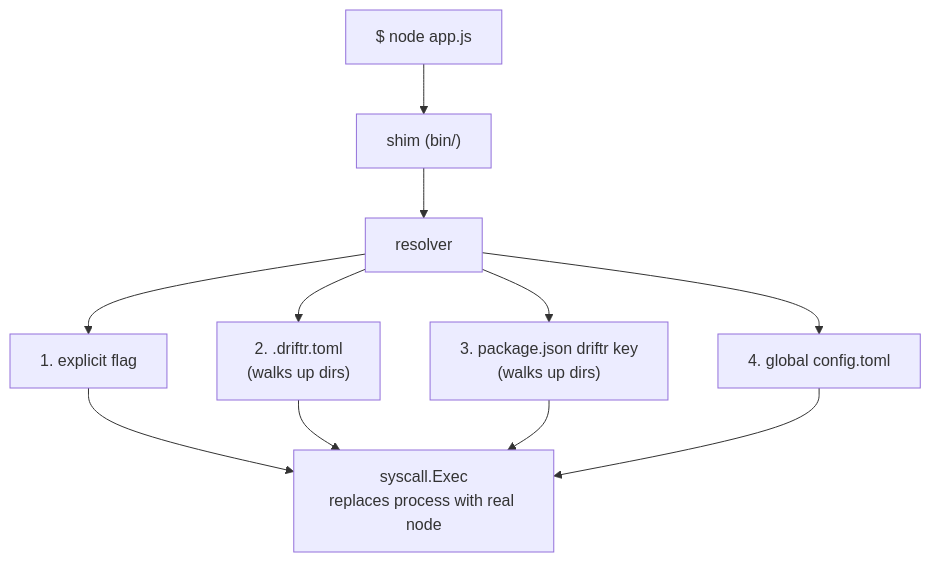
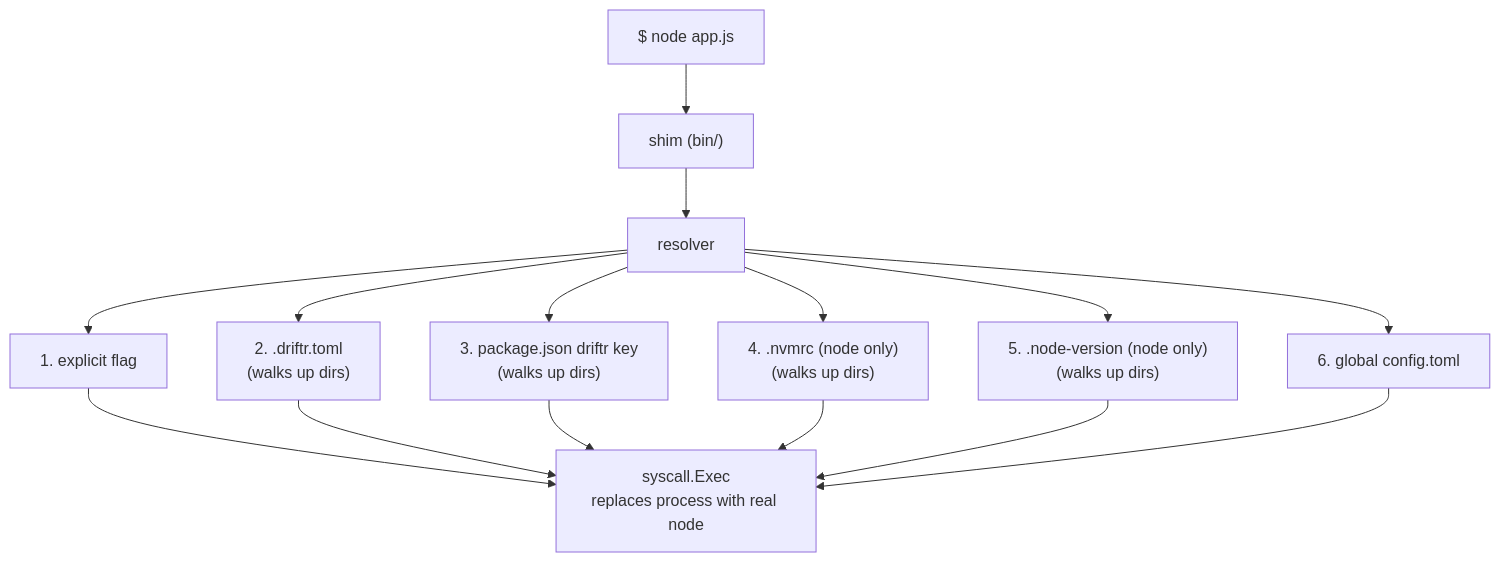
The diagram in README.md (DriftrLabs/Driftr), drawn with Mermaid before and after one commit. The commit also changed other lines of this file and 4 other files, not shown here.

````diff
--- a/README.md
+++ b/README.md
@@ -95,10 +96,12 @@
 ```mermaid
 flowchart TD
     A["$ node app.js"] --> B["shim (bin/)"]
     B --> C["resolver"]
     C --> C1["1. explicit flag"]
     C --> C2["2. .driftr.toml\n(walks up dirs)"]
     C --> C3["3. package.json driftr key\n(walks up dirs)"]
-    C --> C4["4. global config.toml"]
-    C1 & C2 & C3 & C4 --> D["syscall.Exec\nreplaces process with real node"]
+    C --> C4["4. .nvmrc (node only)\n(walks up dirs)"]
+    C --> C5["5. .node-version (node only)\n(walks up dirs)"]
+    C --> C6["6. global config.toml"]
+    C1 & C2 & C3 & C4 & C5 & C6 --> D["syscall.Exec\nreplaces process with real node"]
 ```
````
